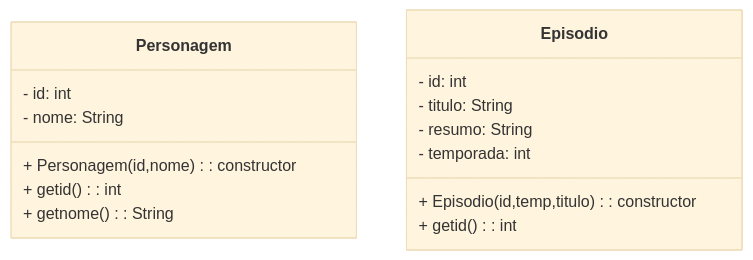
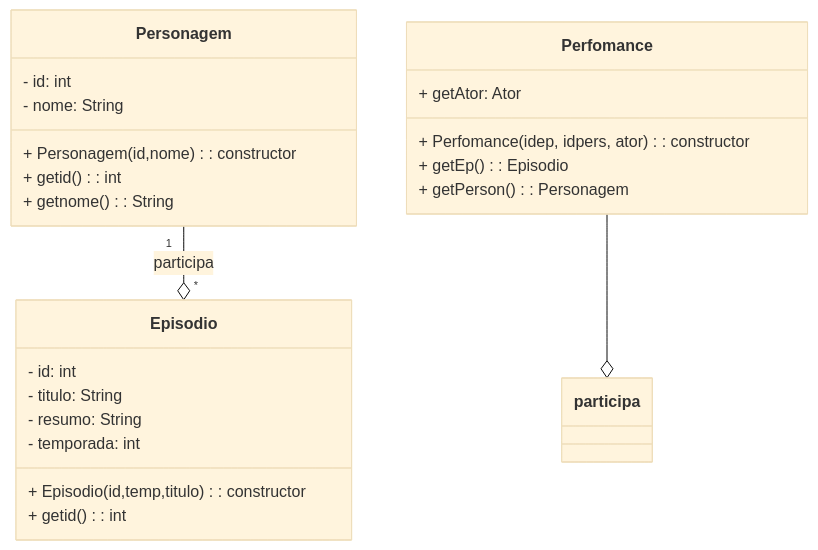
Before and after one commit to jramso/poo-JAVA-IFES: the diagram in README.md, drawn with Mermaid (base theme).

Commit message:
📃 docs(Update readme): readme Projeto de Exceções completo, atualizando o readme
FIX: Testando o mermaid

````diff
--- a/README.md
+++ b/README.md
@@ -51,21 +51,31 @@
 ```mermaid
 
     classDiagram
     
     class Personagem{
         - id: int
         - nome: String
         + Personagem(id,nome): constructor
         + getid(): int
         + getnome(): String
     }
 
     class Episodio{
         - id: int
         - titulo: String
         - resumo: String
         - temporada: int
         + Episodio(id,temp,titulo): constructor
         + getid(): int
     }
+
+    class Perfomance{
+        + Perfomance(idep, idpers, ator): constructor
+        + getEp(): Episodio
+        + getPerson(): Personagem
+        + getAtor: Ator
+    }
+
+    Personagem "1" --o "*" Episodio : participa
+    Perfomance "" --o "" participa
 ```
````
